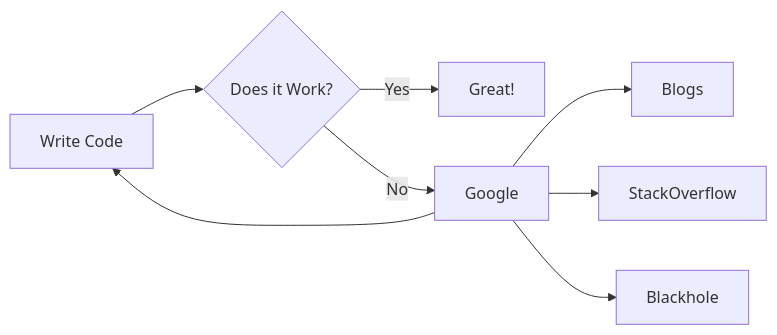
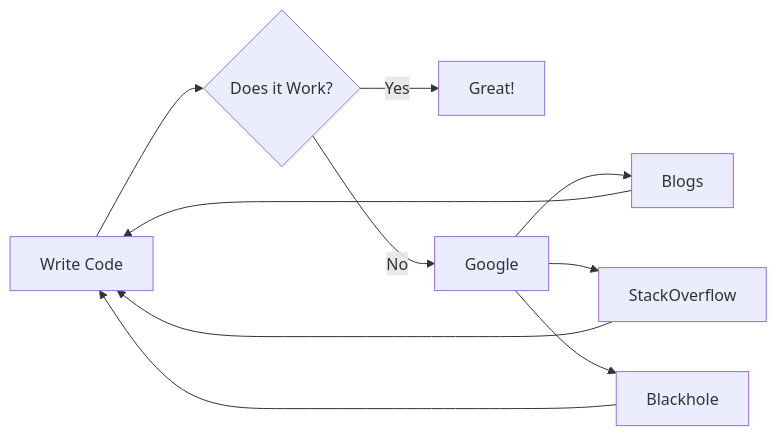
Before and after one commit to Jtzuya/jtzuya: the diagram in README.md, drawn with Mermaid.

````diff
--- a/README.md
+++ b/README.md
@@ -3,10 +3,12 @@
 ```mermaid
   graph LR
     A[Write Code] --> B{Does it Work?}
     B -- Yes --> C[Great!]
     B -- No --> D[Google]
     D --> E[Blogs]
     D --> F[StackOverflow]
     D --> G[Blackhole]
-    D --> A
+    E --> A
+    F --> A
+    G --> A
 ```
````
